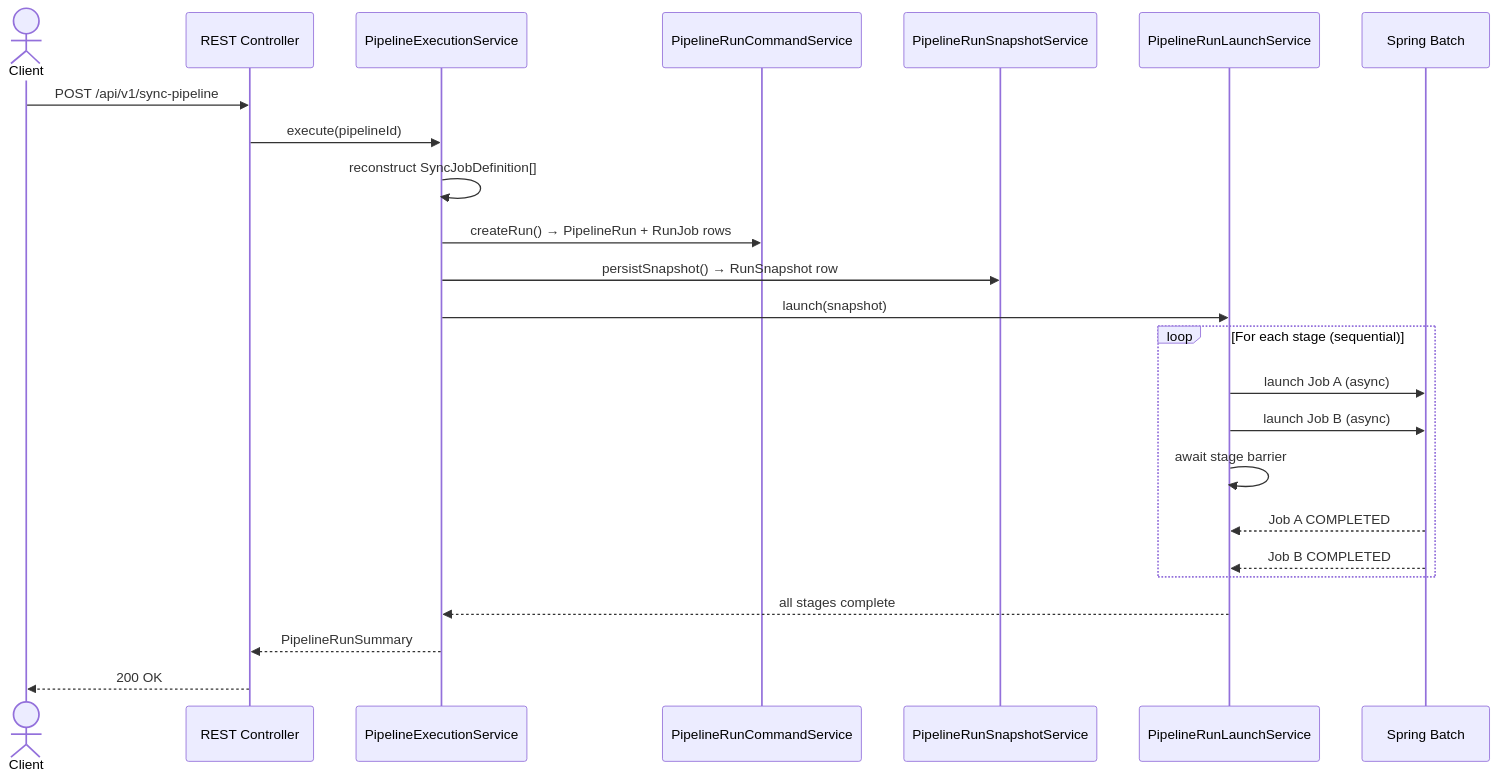
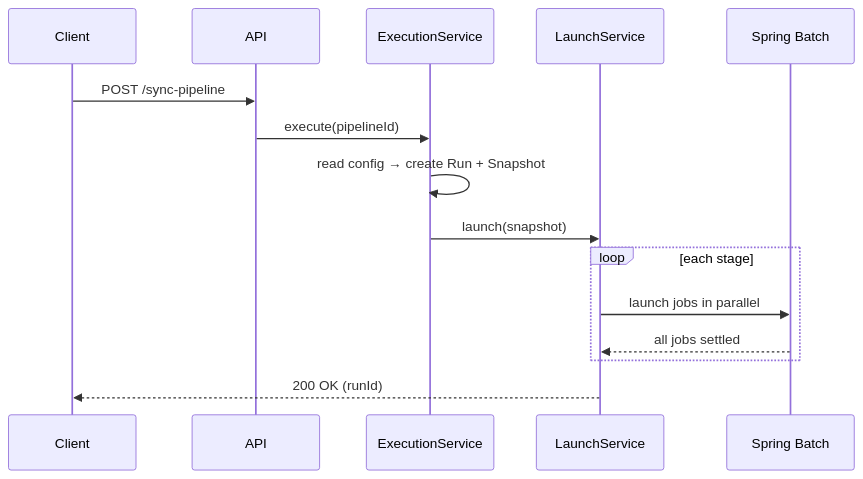
One commit to tibame201020/IrisPipe changed the fifth of 8 diagrams in quarto/architecture.qmd. Above: the diagram before and after it, drawn with Mermaid. The commit also changed other lines of this file and 1 other file, not shown here.

Commit message:
docs: simplify Mermaid diagrams - reduce node text density for readability

````diff
--- a/quarto/architecture.qmd
+++ b/quarto/architecture.qmd
@@ -267,29 +162,20 @@
 ```{mermaid}
 sequenceDiagram
-  actor Client
-  participant API as REST Controller
-  participant ExecSvc as PipelineExecutionService
-  participant CmdSvc as PipelineRunCommandService
-  participant SnapSvc as PipelineRunSnapshotService
-  participant LaunchSvc as PipelineRunLaunchService
+  participant Client
+  participant API
+  participant ExecutionService
+  participant LaunchService
   participant Batch as Spring Batch
 
-  Client->>API: POST /api/v1/sync-pipeline
-  API->>ExecSvc: execute(pipelineId)
+  Client->>API: POST /sync-pipeline
+  API->>ExecutionService: execute(pipelineId)
+  ExecutionService->>ExecutionService: read config → create Run + Snapshot
+  ExecutionService->>LaunchService: launch(snapshot)
 
-  ExecSvc->>ExecSvc: reconstruct SyncJobDefinition[]
-  ExecSvc->>CmdSvc: createRun() → PipelineRun + RunJob rows
-  ExecSvc->>SnapSvc: persistSnapshot() → RunSnapshot row
+  loop each stage
+    LaunchService->>Batch: launch jobs in parallel
+    Batch-->>LaunchService: all jobs settled
+  end
 
-  ExecSvc->>LaunchSvc: launch(snapshot)
-  loop For each stage (sequential)
-    LaunchSvc->>Batch: launch Job A (async)
-    LaunchSvc->>Batch: launch Job B (async)
-    LaunchSvc->>LaunchSvc: await stage barrier
-    Batch-->>LaunchSvc: Job A COMPLETED
-    Batch-->>LaunchSvc: Job B COMPLETED
-  end
-  LaunchSvc-->>ExecSvc: all stages complete
-  ExecSvc-->>API: PipelineRunSummary
-  API-->>Client: 200 OK
+  LaunchService-->>Client: 200 OK (runId)
 ```
````
